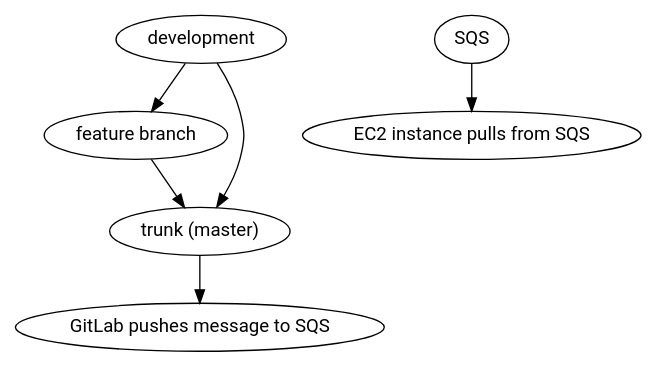
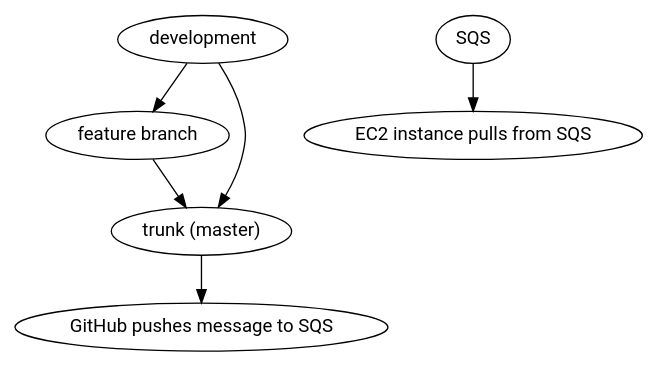
The diagram in README.org (jjba23/dotfiles-ec2), drawn with Graphviz before and after one commit. The commit also changed other lines of this file and 3 other files, not shown here.

```diff
--- a/README.org
+++ b/README.org
@@ -24,15 +24,15 @@
 #+BEGIN_SRC dot :file resources/images/dotfiles-deployment-model.png :exports results :mkdirp yes
   digraph mygraph {
     fontname="Roboto,Helvetica,Arial,sans-serif"
     node [fontname="Roboto,Helvetica,Arial,sans-serif"]
     edge [fontname="Roboto,Helvetica,Arial,sans-serif"]
     node [shape=oval];
 
     development -> "feature branch"
     development -> "trunk (master)"
     "feature branch" -> "trunk (master)"
-    "trunk (master)" -> "GitLab pushes message to SQS"
+    "trunk (master)" -> "GitHub pushes message to SQS"
 
     SQS -> "EC2 instance pulls from SQS"
   }
 #+END_SRC
```
